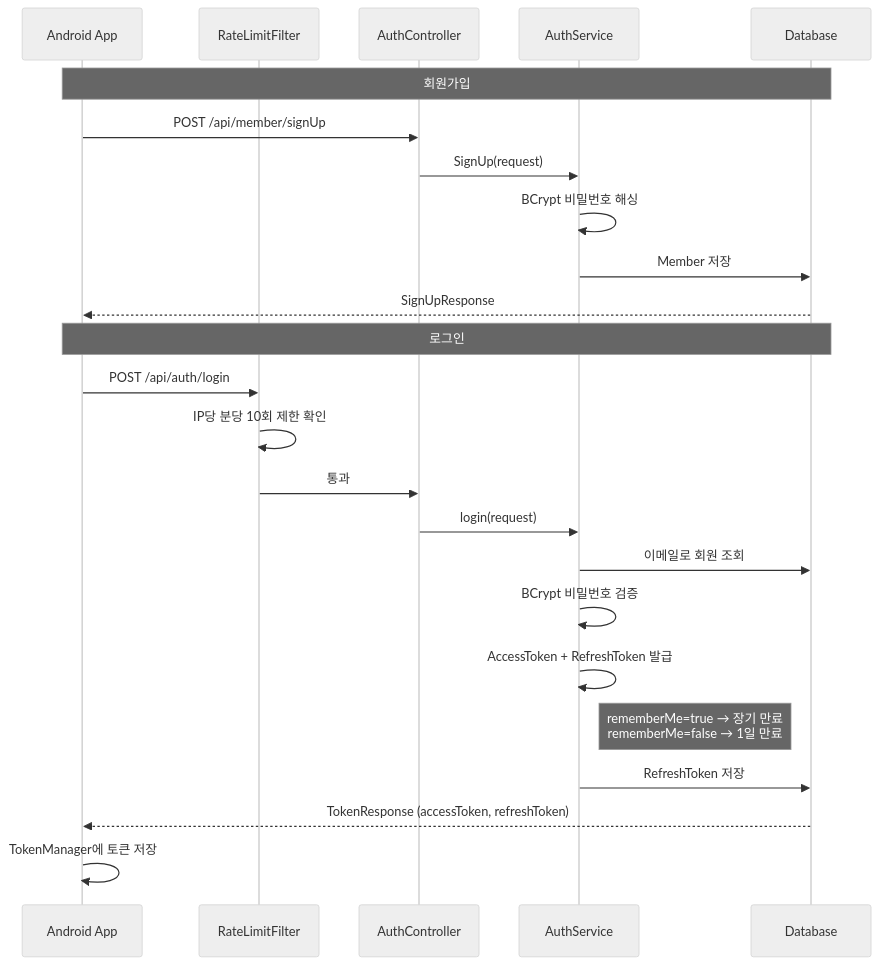
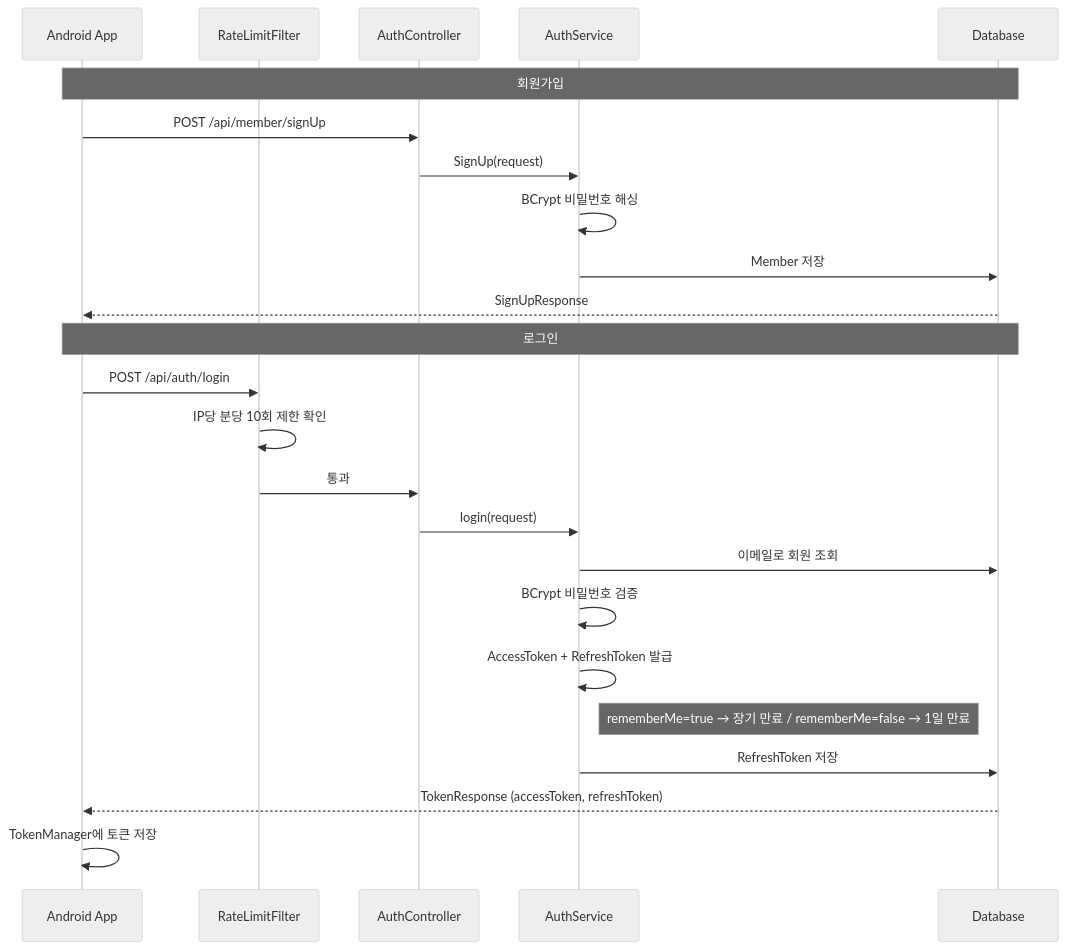
Before and after one commit to JamongFriend/jamongfriend.github.io: the second of 8 diagrams in public/flows/DalmoaFlow.md, drawn with Mermaid (neutral theme). The commit also changed other lines of this file and 2 other files, not shown here.

Commit message:
refactor: 아키텍쳐 레이어 오류 수정

````diff
--- a/public/flows/DalmoaFlow.md
+++ b/public/flows/DalmoaFlow.md
@@ -74,28 +74,28 @@
 ```mermaid
 sequenceDiagram
     participant App as Android App
     participant Rate as RateLimitFilter
     participant Auth as AuthController
     participant Svc as AuthService
     participant DB as Database
 
     Note over App,DB: 회원가입
     App->>Auth: POST /api/member/signUp
     Auth->>Svc: SignUp(request)
     Svc->>Svc: BCrypt 비밀번호 해싱
     Svc->>DB: Member 저장
     DB-->>App: SignUpResponse
 
     Note over App,DB: 로그인
     App->>Rate: POST /api/auth/login
     Rate->>Rate: IP당 분당 10회 제한 확인
     Rate->>Auth: 통과
     Auth->>Svc: login(request)
     Svc->>DB: 이메일로 회원 조회
     Svc->>Svc: BCrypt 비밀번호 검증
     Svc->>Svc: AccessToken + RefreshToken 발급
-    Note right of Svc: rememberMe=true → 장기 만료<br/>rememberMe=false → 1일 만료
+    Note right of Svc: rememberMe=true → 장기 만료 / rememberMe=false → 1일 만료
     Svc->>DB: RefreshToken 저장
     DB-->>App: TokenResponse (accessToken, refreshToken)
     App->>App: TokenManager에 토큰 저장
 ```
````
